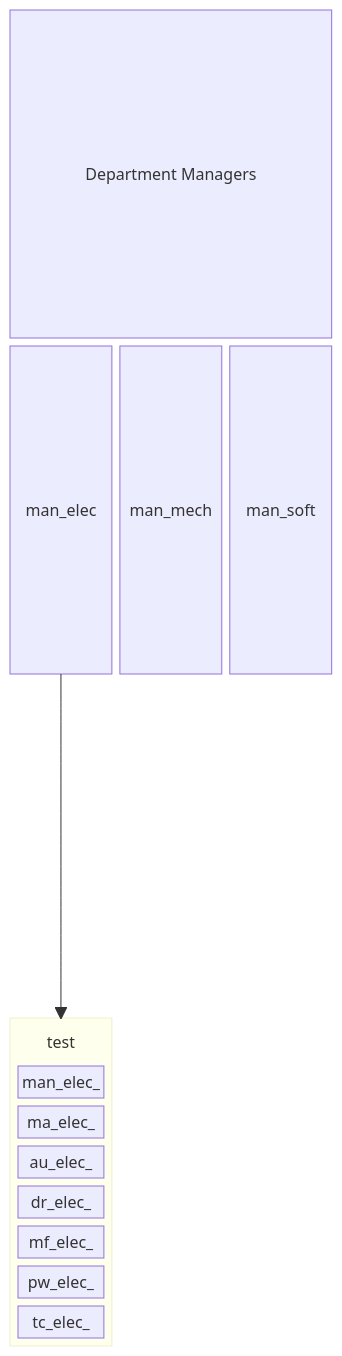
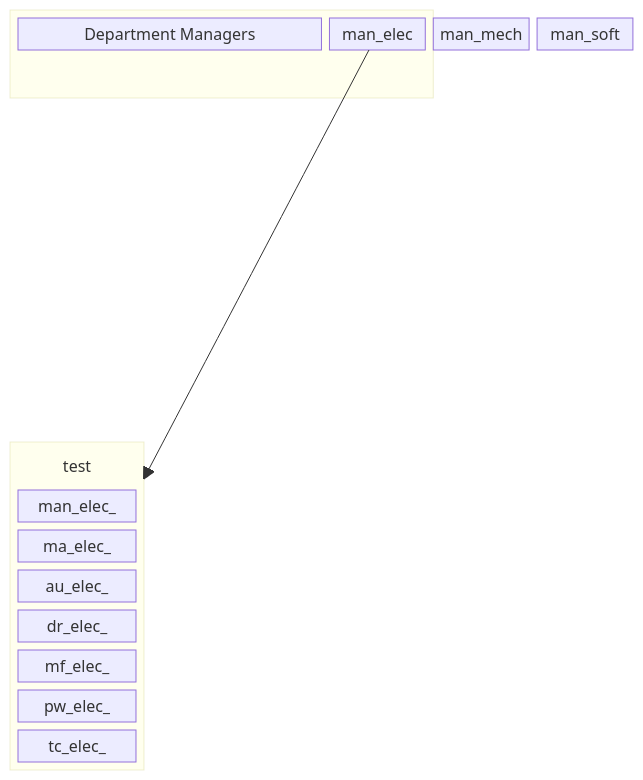
The diagram in README.md (FooGiGo-Org/.github), drawn with Mermaid before and after one commit.

````diff
--- a/README.md
+++ b/README.md
@@ -1,24 +1,27 @@
 ```mermaid
 ---
 title: SCRB Matrix Organization
 ---
 block
     columns 3
-    man["Department Managers"]:3
-    man_elec man_mech man_soft
+    block:test:3
+        %%columns auto (default)
+        man["Department Managers"]:3
+        man_elec man_mech man_soft
+    end
     space:3
     block:meme
         columns 1
         uct("test")
         man_elec_
         ma_elec_
         au_elec_
         dr_elec_
         mf_elec_
         pw_elec_
         tc_elec_
     end
     man_elec --> meme
 class uct BT
 classDef BT stroke:transparent,fill:transparent
 ```
````
